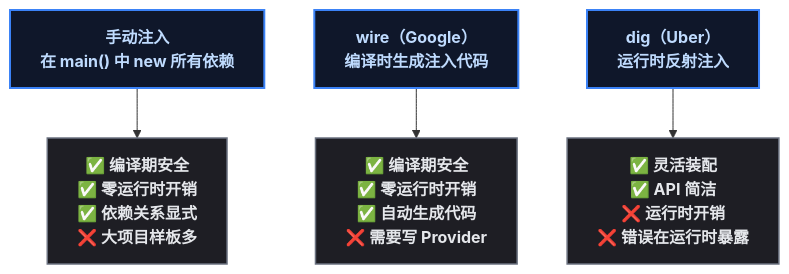
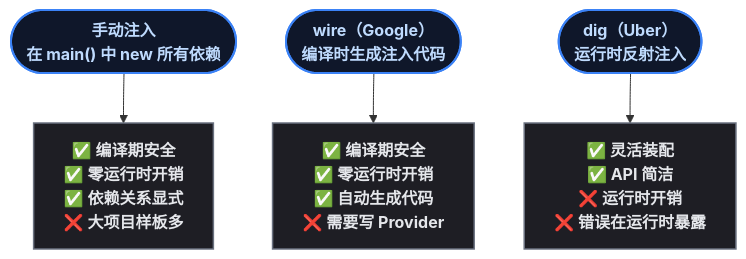
One commit to yaocat55/yaocat55.github.io changed the fourth of 4 diagrams in content/posts/go/GoWebDevelopment.md. Above: the diagram before and after it, drawn with Mermaid. The commit also changed other lines of this file and 14 other files, not shown here.

````diff
--- a/content/posts/go/GoWebDevelopment.md
+++ b/content/posts/go/GoWebDevelopment.md
@@ -468,12 +438,12 @@
 ```mermaid
 flowchart TD
-    Manual["手动注入\n在 main() 中 new 所有依赖"] --> Pros1["✅ 编译期安全\n✅ 零运行时开销\n✅ 依赖关系显式\n❌ 大项目样板多"]
-    Wire["wire（Google）\n编译时生成注入代码"] --> Pros2["✅ 编译期安全\n✅ 零运行时开销\n✅ 自动生成代码\n❌ 需要写 Provider"]
-    Dig["dig（Uber）\n运行时反射注入"] --> Pros3["✅ 灵活装配\n✅ API 简洁\n❌ 运行时开销\n❌ 错误在运行时暴露"]
+    Manual(["手动注入\n在 main() 中 new 所有依赖"]) --> Pros1["✅ 编译期安全\n✅ 零运行时开销\n✅ 依赖关系显式\n❌ 大项目样板多"]
+    Wire(["wire（Google）\n编译时生成注入代码"]) --> Pros2["✅ 编译期安全\n✅ 零运行时开销\n✅ 自动生成代码\n❌ 需要写 Provider"]
+    Dig(["dig（Uber）\n运行时反射注入"]) --> Pros3["✅ 灵活装配\n✅ API 简洁\n❌ 运行时开销\n❌ 错误在运行时暴露"]
 
 classDef root fill:#0f172a,stroke:#3b82f6,stroke-width:2px,color:#bfdbfe,font-weight:bold;
 classDef leaf fill:#1e1e24,stroke:#6b7280,stroke-width:1.5px,color:#e5e7eb;
 
     class Manual,Wire,Dig root
     class Pros1,Pros2,Pros3 leaf
 ```
````
